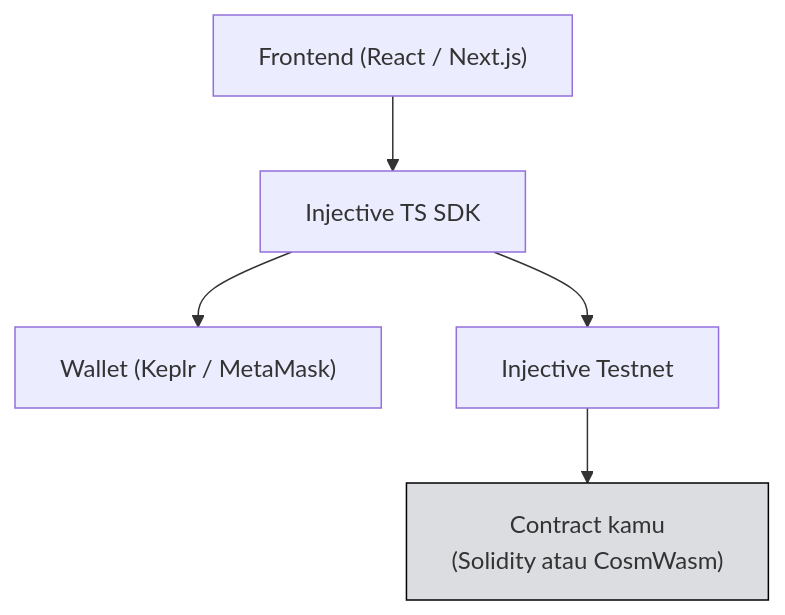
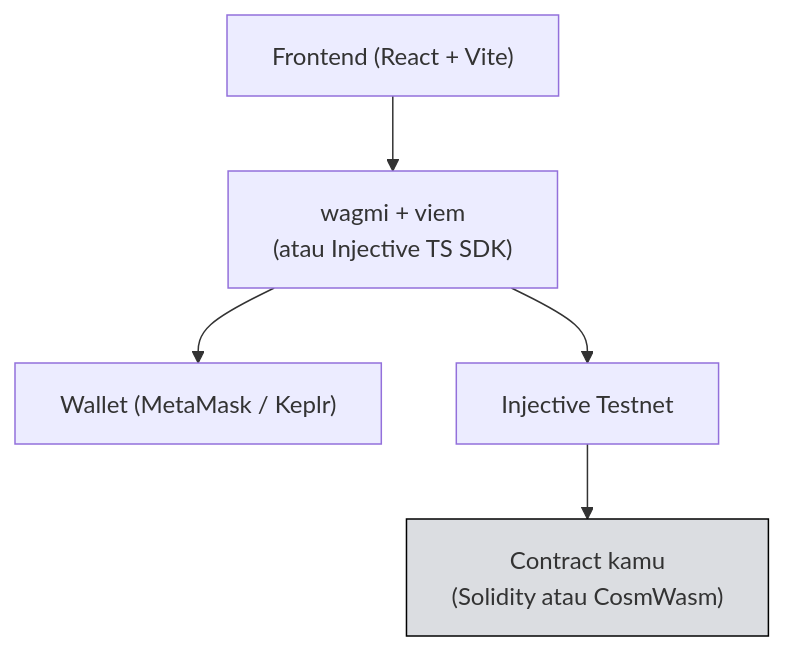
The diagram in docs/Injective-Co-Learning-Camp/Phase-3-Building/Guided-Project/01-project-overview.md (Ethereum-Jakarta/docs-ethjkt), drawn with Mermaid before and after one commit. The commit also changed other lines of this file and 7 other files, not shown here.

````diff
--- a/docs/Injective-Co-Learning-Camp/Phase-3-Building/Guided-Project/01-project-overview.md
+++ b/docs/Injective-Co-Learning-Camp/Phase-3-Building/Guided-Project/01-project-overview.md
@@ -110,9 +110,9 @@
 ```mermaid
 flowchart TB
-    A["Frontend (React / Next.js)"] --> B["Injective TS SDK"]
-    B --> C["Wallet (Keplr / MetaMask)"]
+    A["Frontend (React + Vite)"] --> B["wagmi + viem<br/>(atau Injective TS SDK)"]
+    B --> C["Wallet (MetaMask / Keplr)"]
     B --> D["Injective Testnet"]
     D --> E["Contract kamu<br/>(Solidity atau CosmWasm)"]
 
     style E fill:#DBDDE1,stroke:#000000
 ```
````
